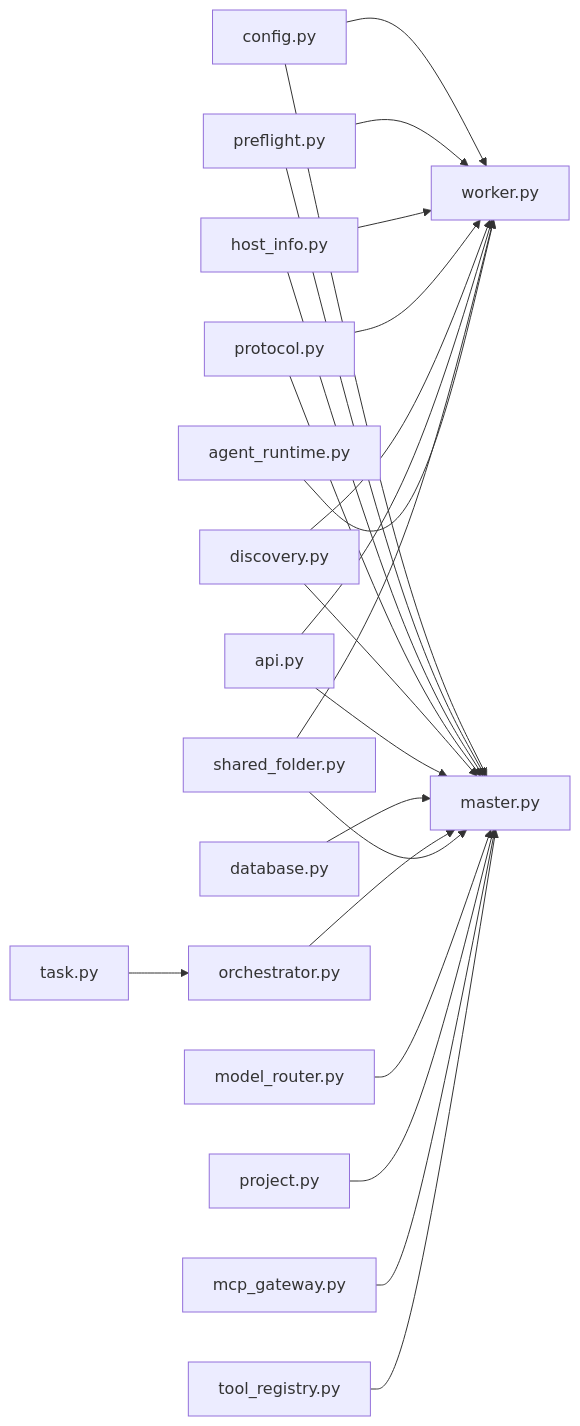
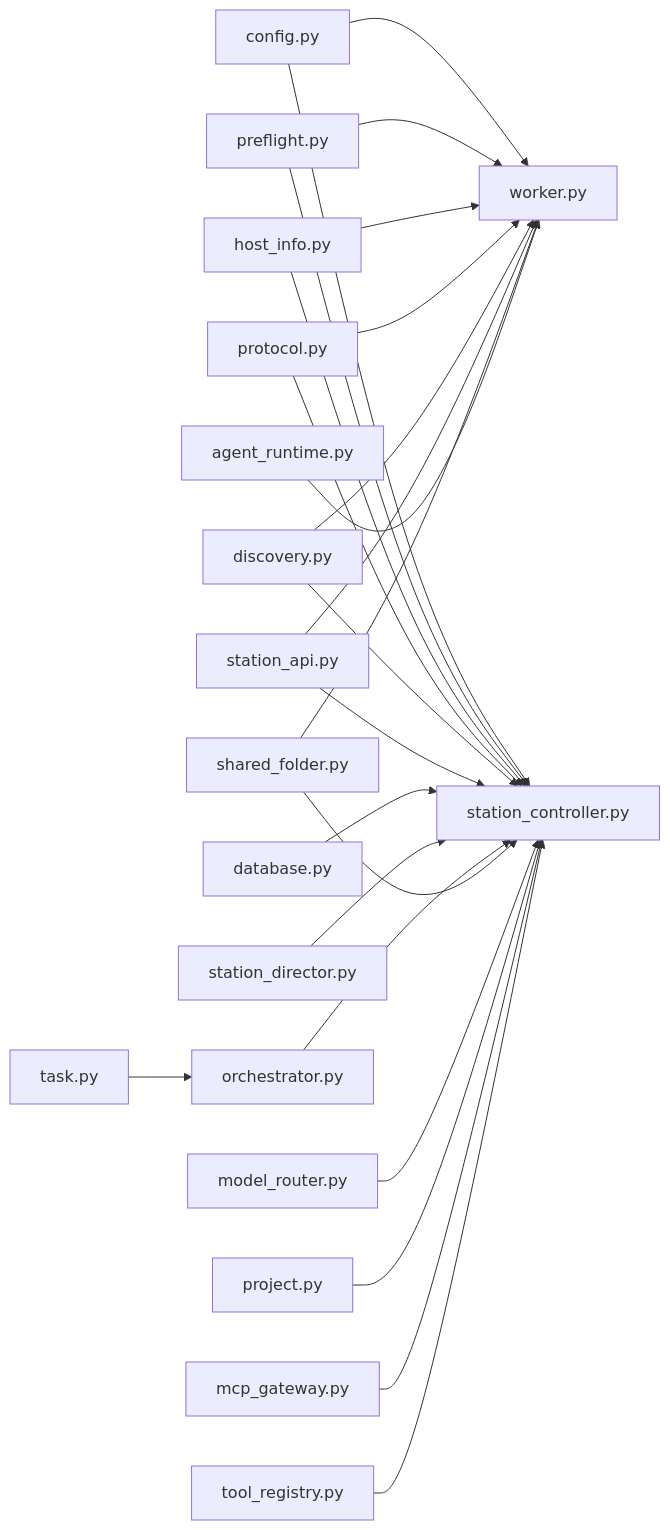
One commit to targalian/Personal-distributed-workstation changed diagram 11 of 11 in .qoder/repowiki/zh/content/核心模块/核心模块.md. Above: the diagram before and after it, drawn with Mermaid. The commit also changed other lines of this file and 69 other files, not shown here.

````diff
--- a/.qoder/repowiki/zh/content/核心模块/核心模块.md
+++ b/.qoder/repowiki/zh/content/核心模块/核心模块.md
@@ -633,25 +684,26 @@
 ```mermaid
 graph LR
-Config["config.py"] --> Master["master.py"]
+Config["config.py"] --> Station["station_controller.py"]
 Config --> Worker["worker.py"]
-Preflight["preflight.py"] --> Master
+Preflight["preflight.py"] --> Station
 Preflight --> Worker
-HostInfo["host_info.py"] --> Master
+HostInfo["host_info.py"] --> Station
 HostInfo --> Worker
-Protocol["protocol.py"] --> Master
+Protocol["protocol.py"] --> Station
 Protocol --> Worker
-Discovery["discovery.py"] --> Master
+Discovery["discovery.py"] --> Station
 Discovery --> Worker
-API["api.py"] --> Master
+API["station_api.py"] --> Station
 API --> Worker
-DB["database.py"] --> Master
-Orchestrator["orchestrator.py"] --> Master
+DB["database.py"] --> Station
+StationDirector["station_director.py"] --> Station
+Orchestrator["orchestrator.py"] --> Station
 Task["task.py"] --> Orchestrator
-Shared["shared_folder.py"] --> Master
+Shared["shared_folder.py"] --> Station
 Shared --> Worker
-ModelRouter["model_router.py"] --> Master
-ProjectManager["project.py"] --> Master
-MCPGateway["mcp_gateway.py"] --> Master
+ModelRouter["model_router.py"] --> Station
+ProjectManager["project.py"] --> Station
+MCPGateway["mcp_gateway.py"] --> Station
 AgentRuntime["agent_runtime.py"] --> Worker
-ToolRegistry["tool_registry.py"] --> Master
+ToolRegistry["tool_registry.py"] --> Station
 ```
````
